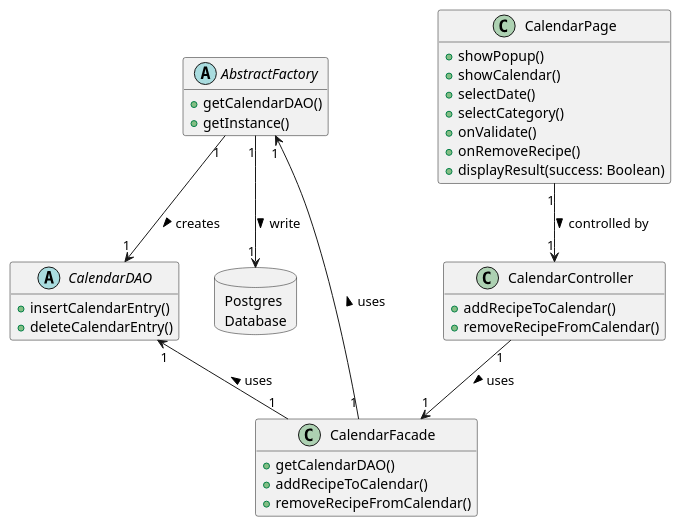
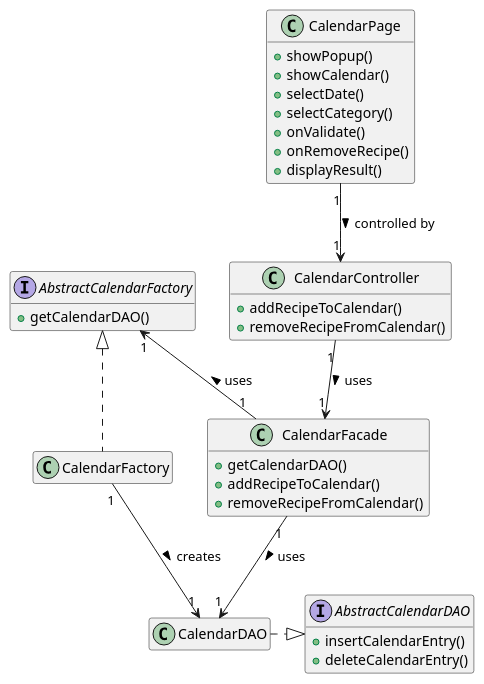
Before and after one commit to iusildra/WineCellar: the second of 2 diagrams in doc/reports/final/calendar.plantuml, drawn with PlantUML. The commit also changed other lines of this file and 2 other files, not shown here.

Commit message:
Diagrams v2

```diff
--- a/doc/reports/final/calendar.plantuml
+++ b/doc/reports/final/calendar.plantuml
@@ -58,44 +58,47 @@
 @startuml calendarClassDiagram
 hide empty members
 class CalendarPage {
   + showPopup()
   + showCalendar()
   + selectDate()
   + selectCategory()
   + onValidate()
   + onRemoveRecipe()
-  + displayResult(success: Boolean)
+  + displayResult()
 }
 
 class CalendarController {
   + addRecipeToCalendar()
   + removeRecipeFromCalendar()
 }
 
 class CalendarFacade{
   + getCalendarDAO()
   + addRecipeToCalendar()
   + removeRecipeFromCalendar()
 }
 
-abstract CalendarDAO {
+interface AbstractCalendarDAO {
   + insertCalendarEntry()
   + deleteCalendarEntry()
 }
 
-abstract AbstractFactory{
-  + getCalendarDAO()
-  + getInstance()
+class CalendarDAO {
 }
 
-database "Postgres\nDatabase" as Postgres {
-
+interface AbstractCalendarFactory{
+  + getCalendarDAO()
 }
 
+class CalendarFactory {
+}
+
+CalendarFactory .u.|> AbstractCalendarFactory
+CalendarDAO     .r.|> AbstractCalendarDAO
+
 CalendarPage       "1" -->  "1" CalendarController: > controlled by
-CalendarController "1" -->  "1" CalendarFacade: > uses
-CalendarFacade     "1" -u-> "1" AbstractFactory: > uses
-AbstractFactory    "1" -->  "1" CalendarDAO: > creates
-AbstractFactory    "1" -d-> "1" Postgres: > write
-CalendarFacade     "1" -u-> "1" CalendarDAO: > uses
+CalendarController "1" -d->  "1" CalendarFacade: > uses
+CalendarFacade     "1" -l-> "1" AbstractCalendarFactory: > uses
+CalendarFactory    "1" -->  "1" CalendarDAO: > creates
+CalendarFacade     "1" --> "1" CalendarDAO: > uses
 @enduml
```
